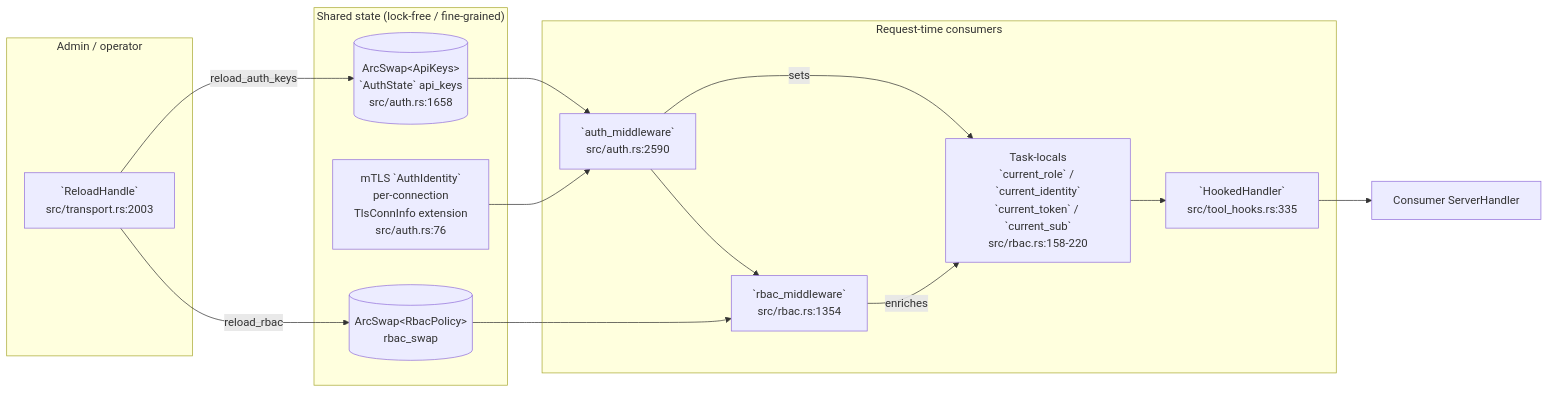
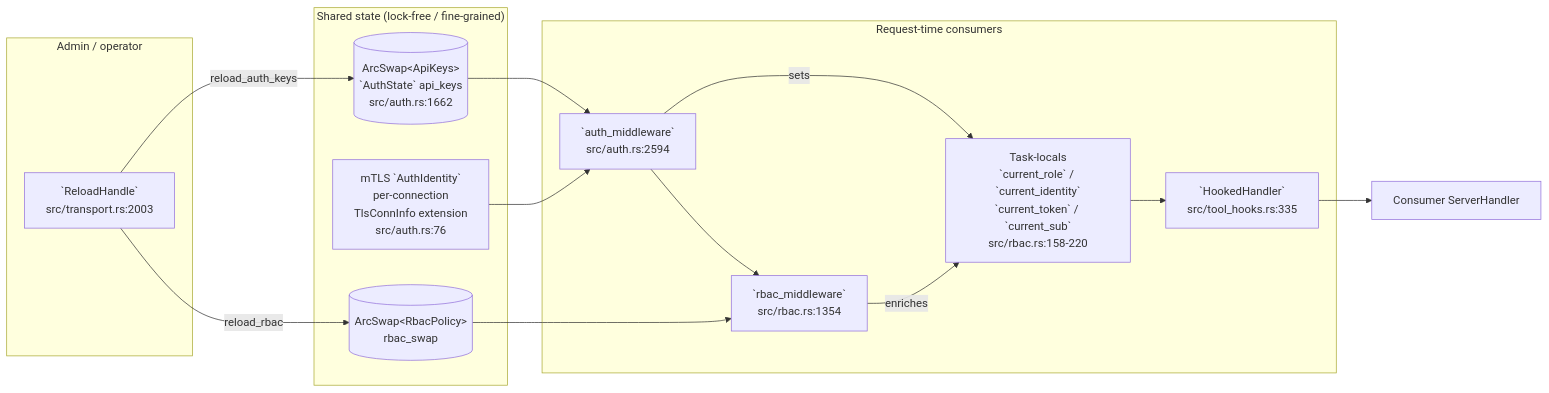
The third of 4 diagrams in docs/MINDMAP.md (andrico21/rmcp-server-kit), drawn with Mermaid before and after one commit. The commit also changed other lines of this file and 7 other files, not shown here.

````diff
--- a/docs/MINDMAP.md
+++ b/docs/MINDMAP.md
@@ -332,31 +332,31 @@
 ```mermaid
 flowchart LR
     subgraph Admin["Admin / operator"]
         RH[`ReloadHandle`<br/>src/transport.rs:2003]
     end
 
     subgraph SharedState["Shared state (lock-free / fine-grained)"]
-        AKS[(ArcSwap&lt;ApiKeys&gt;<br/>`AuthState` api_keys<br/>src/auth.rs:1658)]
+        AKS[(ArcSwap&lt;ApiKeys&gt;<br/>`AuthState` api_keys<br/>src/auth.rs:1662)]
         RBS[(ArcSwap&lt;RbacPolicy&gt;<br/>rbac_swap)]
         MTL[mTLS `AuthIdentity`<br/>per-connection<br/>TlsConnInfo extension<br/>src/auth.rs:76]
     end
 
     subgraph Hot["Request-time consumers"]
-        AM[`auth_middleware`<br/>src/auth.rs:2590]
+        AM[`auth_middleware`<br/>src/auth.rs:2594]
         BM[`rbac_middleware`<br/>src/rbac.rs:1354]
         TL["Task-locals<br/>`current_role` / `current_identity`<br/>`current_token` / `current_sub`<br/>src/rbac.rs:158-220"]
         TH[`HookedHandler`<br/>src/tool_hooks.rs:335]
     end
 
     RH -- reload_auth_keys --> AKS
     RH -- reload_rbac --> RBS
 
     AKS --> AM
     MTL --> AM
     AM -- sets --> TL
     AM --> BM
     RBS --> BM
     BM -- enriches --> TL
     TL --> TH
     TH --> Consumer[Consumer ServerHandler]
 ```
````
